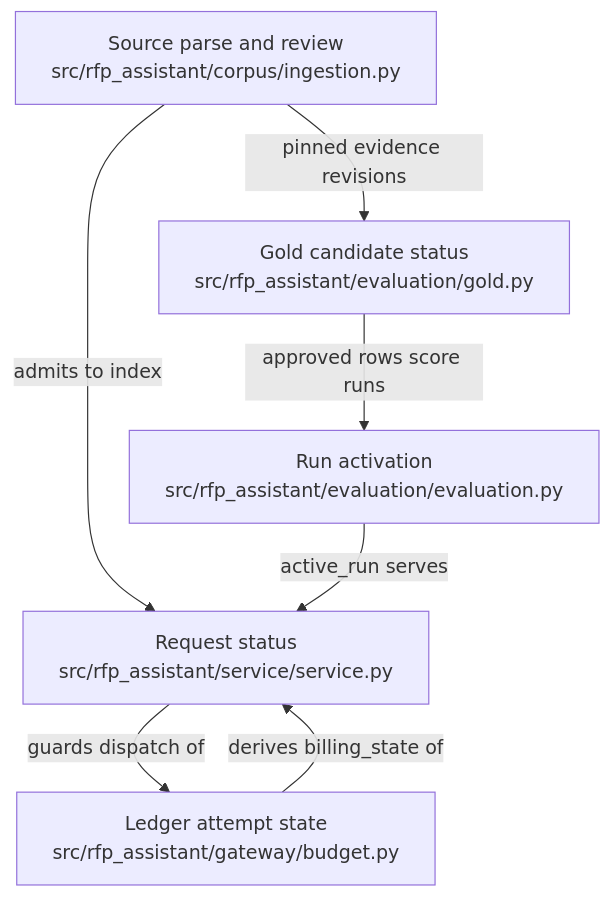
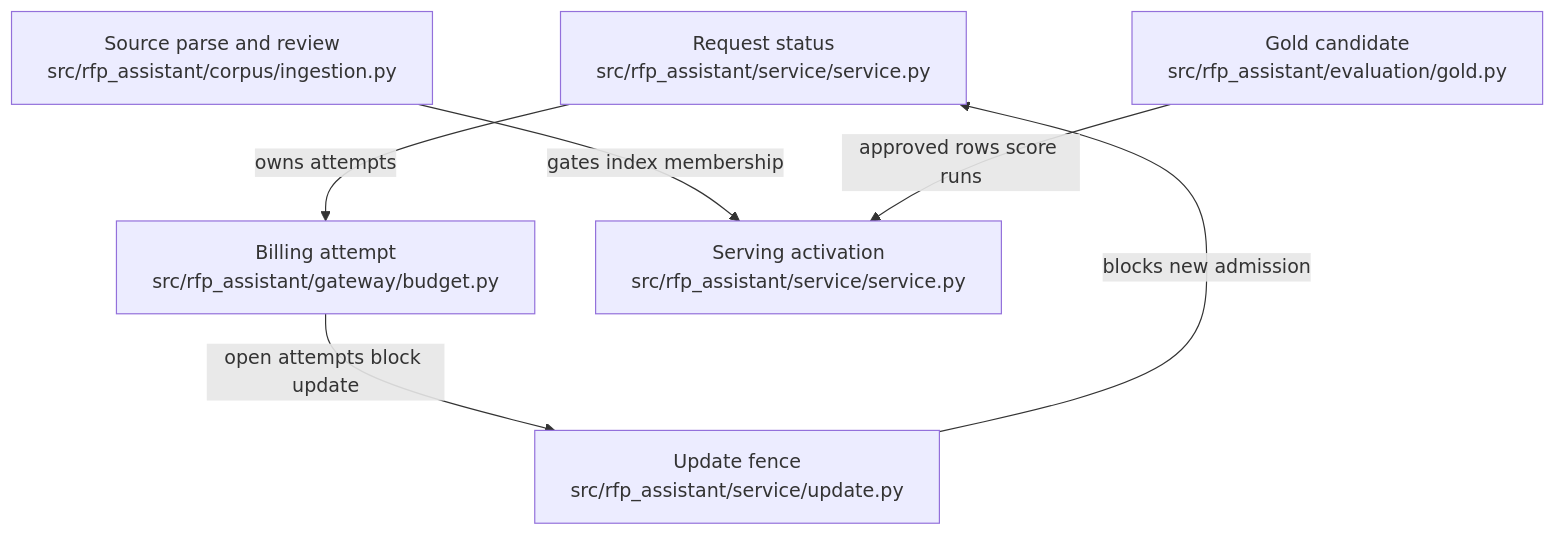
The diagram in .omm/state-transitions/diagram.mmd (littleeeeebit/project-codeit-mid), drawn with Mermaid before and after one commit. The commit also changed 405 other files, not shown here.

```diff
--- a/.omm/state-transitions/diagram.mmd
+++ b/.omm/state-transitions/diagram.mmd
@@ -1,7 +1,6 @@
 graph TD
-  request-states["Request status\nsrc/rfp_assistant/service/service.py"] -->|guards dispatch of| attempt-states["Ledger attempt state\nsrc/rfp_assistant/gateway/budget.py"]
-  attempt-states -->|derives billing_state of| request-states
-  source-states["Source parse and review\nsrc/rfp_assistant/corpus/ingestion.py"] -->|admits to index| request-states
-  gold-states["Gold candidate status\nsrc/rfp_assistant/evaluation/gold.py"] -->|approved rows score runs| run-selection["Run activation\nsrc/rfp_assistant/evaluation/evaluation.py"]
-  run-selection -->|active_run serves| request-states
-  source-states -->|pinned evidence revisions| gold-states
+  request-status["Request status\nsrc/rfp_assistant/service/service.py"] -->|"owns attempts"| billing-attempt["Billing attempt\nsrc/rfp_assistant/gateway/budget.py"]
+  source-review["Source parse and review\nsrc/rfp_assistant/corpus/ingestion.py"] -->|"gates index membership"| serving-activation["Serving activation\nsrc/rfp_assistant/service/service.py"]
+  gold-candidate["Gold candidate\nsrc/rfp_assistant/evaluation/gold.py"] -->|"approved rows score runs"| serving-activation
+  update-fence["Update fence\nsrc/rfp_assistant/service/update.py"] -->|"blocks new admission"| request-status
+  billing-attempt -->|"open attempts block update"| update-fence
```
